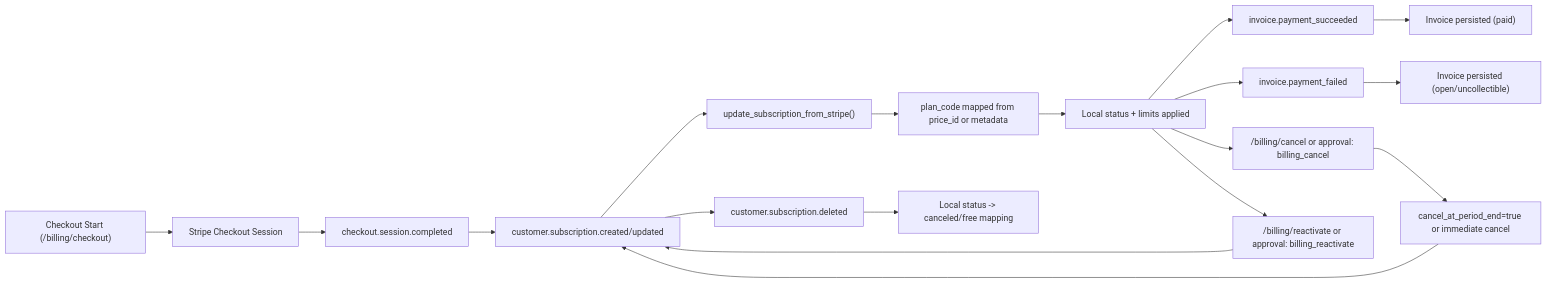
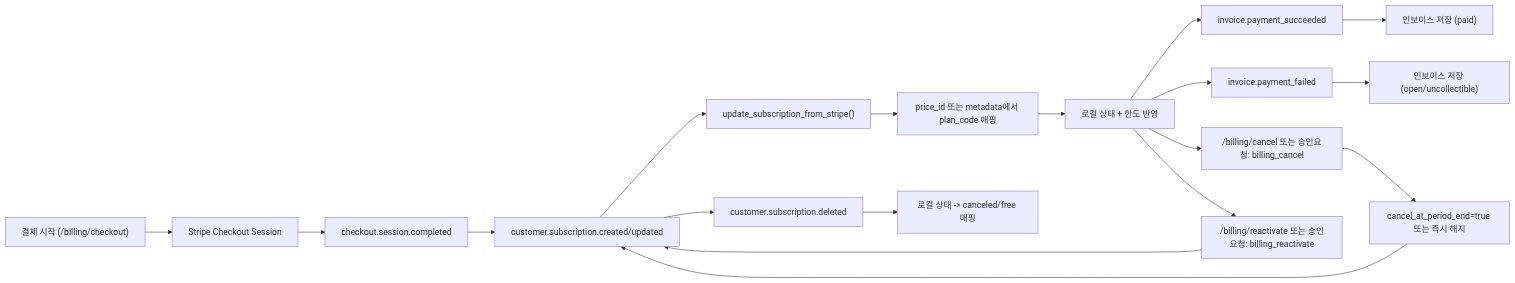
One commit to OTHNIELDEV/ghostlink.dev changed the diagram in docs/STRIPE_EVENT_STATE_TRANSITIONS.md. Above: the diagram before and after it, drawn with Mermaid. The commit also changed other lines of this file and 134 other files, not shown here.

````diff
--- a/docs/STRIPE_EVENT_STATE_TRANSITIONS.md
+++ b/docs/STRIPE_EVENT_STATE_TRANSITIONS.md
@@ -23,24 +23,24 @@
 ```mermaid
 flowchart LR
-    A["Checkout Start (/billing/checkout)"] --> B["Stripe Checkout Session"]
+    A["결제 시작 (/billing/checkout)"] --> B["Stripe Checkout Session"]
     B --> C["checkout.session.completed"]
     C --> D["customer.subscription.created/updated"]
     D --> E["update_subscription_from_stripe()"]
-    E --> F["plan_code mapped from price_id or metadata"]
-    F --> G["Local status + limits applied"]
+    E --> F["price_id 또는 metadata에서 plan_code 매핑"]
+    F --> G["로컬 상태 + 한도 반영"]
 
     G --> H["invoice.payment_succeeded"]
     G --> I["invoice.payment_failed"]
-    H --> J["Invoice persisted (paid)"]
-    I --> K["Invoice persisted (open/uncollectible)"]
+    H --> J["인보이스 저장 (paid)"]
+    I --> K["인보이스 저장 (open/uncollectible)"]
 
-    G --> L["/billing/cancel or approval: billing_cancel"]
-    L --> M["cancel_at_period_end=true or immediate cancel"]
+    G --> L["/billing/cancel 또는 승인요청: billing_cancel"]
+    L --> M["cancel_at_period_end=true 또는 즉시 해지"]
     M --> D
 
-    G --> N["/billing/reactivate or approval: billing_reactivate"]
+    G --> N["/billing/reactivate 또는 승인요청: billing_reactivate"]
     N --> D
 
     D --> O["customer.subscription.deleted"]
-    O --> P["Local status -> canceled/free mapping"]
+    O --> P["로컬 상태 -> canceled/free 매핑"]
 ```
````
